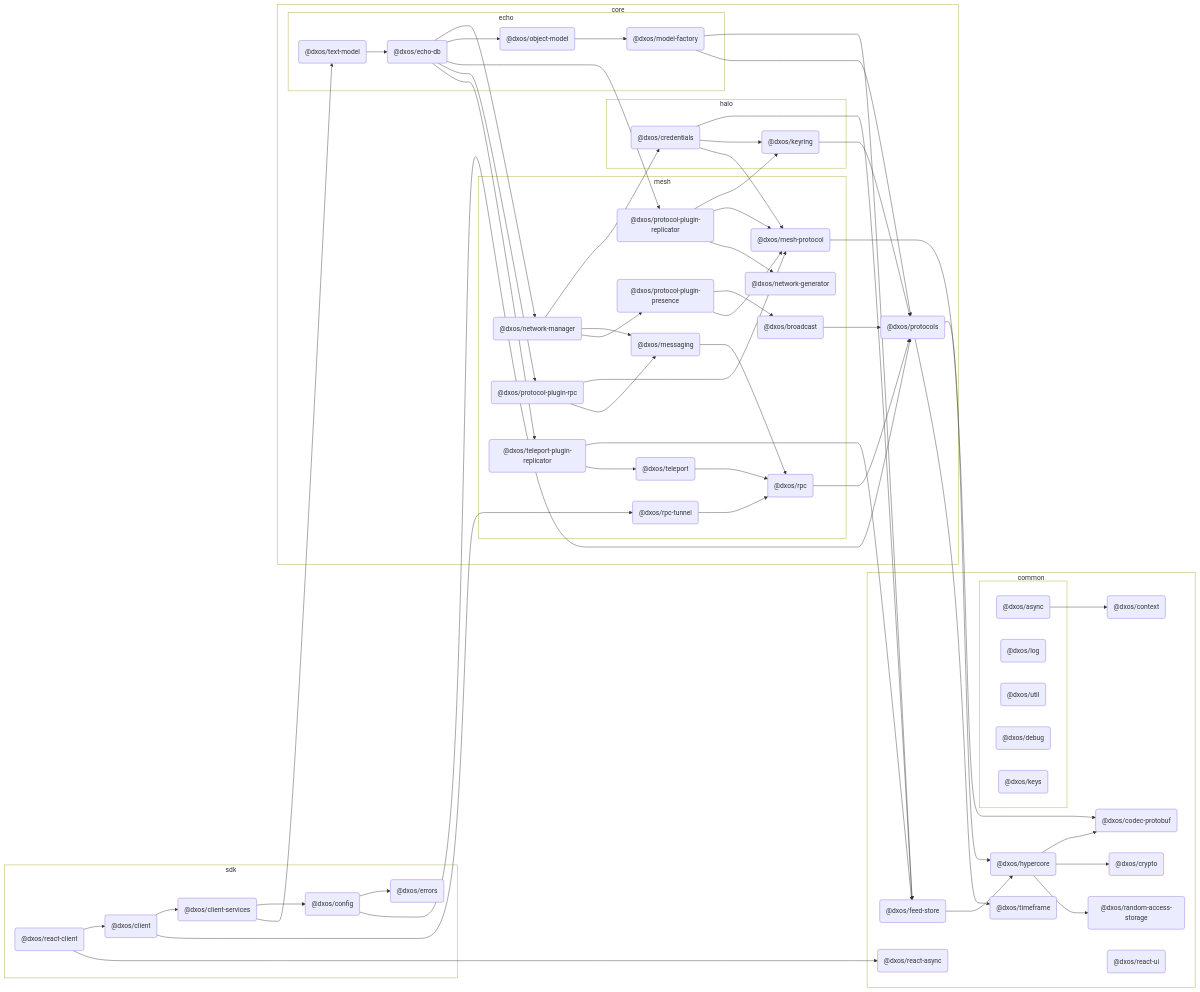
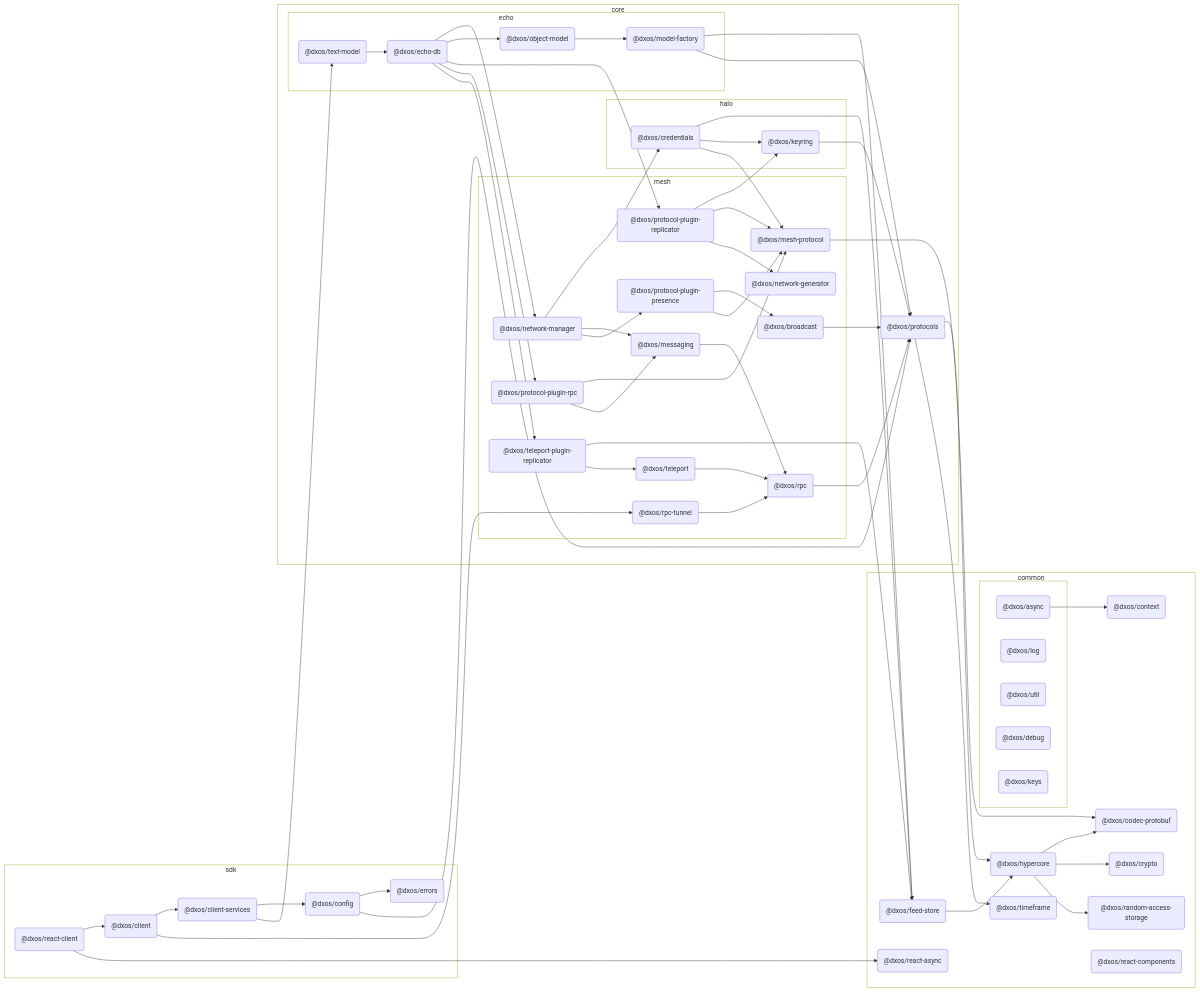
Before and after one commit to dxos/dxos: the diagram in packages/apps/patterns/react-ui/docs/README.md, drawn with Mermaid. The commit also changed other lines of this file and 123 other files, not shown here.

Commit message:
Rename react-ui to react-components.

```diff
--- a/packages/apps/patterns/react-ui/docs/README.md
+++ b/packages/apps/patterns/react-ui/docs/README.md
@@ -47,8 +47,8 @@
   click dxos/feed-store "dxos/dxos/tree/main/packages/common/feed-store/docs"
   dxos/react-async("@dxos/react-async"):::def
   click dxos/react-async "dxos/dxos/tree/main/packages/common/react-async/docs"
-  dxos/react-ui("@dxos/react-ui"):::def
-  click dxos/react-ui "dxos/dxos/tree/main/packages/common/react-ui/docs"
+  dxos/react-components("@dxos/react-components"):::def
+  click dxos/react-components "dxos/dxos/tree/main/packages/common/react-ui/docs"
 
   subgraph _ [ ]
     style _ fill:transparent
```
